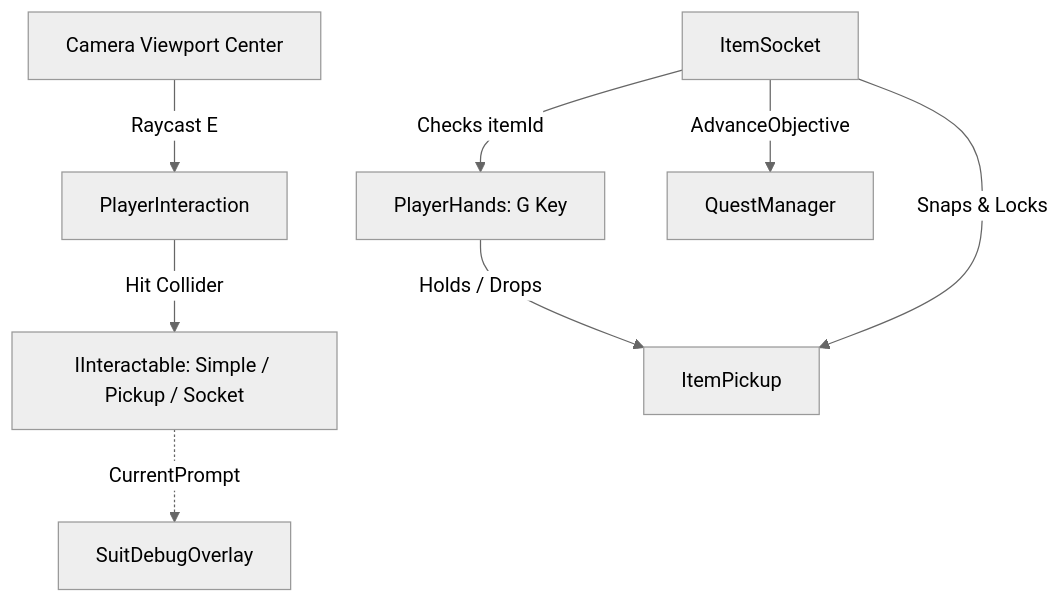
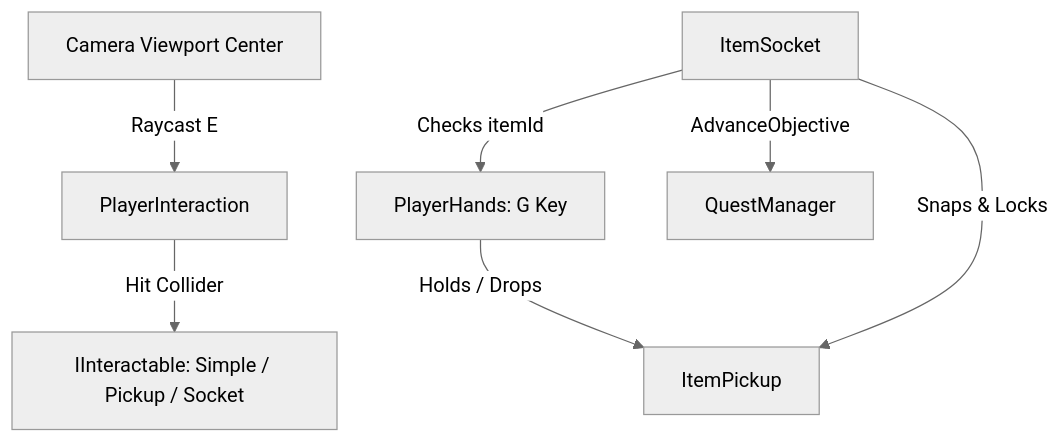
Before and after one commit to Fr3nezy/Project_Deep: the diagram in documentation/Interaction.md, drawn with Mermaid (neutral theme). The commit also changed other lines of this file and 58 other files, not shown here.

````diff
--- a/documentation/Interaction.md
+++ b/documentation/Interaction.md
@@ -22,10 +23,9 @@
 ```mermaid
 flowchart TD
     Cam[Camera Viewport Center] -->|Raycast E| PI[PlayerInteraction]
     PI -->|Hit Collider| Target[IInteractable: Simple / Pickup / Socket]
     Hands[PlayerHands: G Key] -->|Holds / Drops| Pickup[ItemPickup]
     Socket[ItemSocket] -->|Checks itemId| Hands
     Socket -->|Snaps & Locks| Pickup
     Socket -->|AdvanceObjective| Quests[QuestManager]
-    Target -.->|CurrentPrompt| HUD[SuitDebugOverlay]
 ```
````
